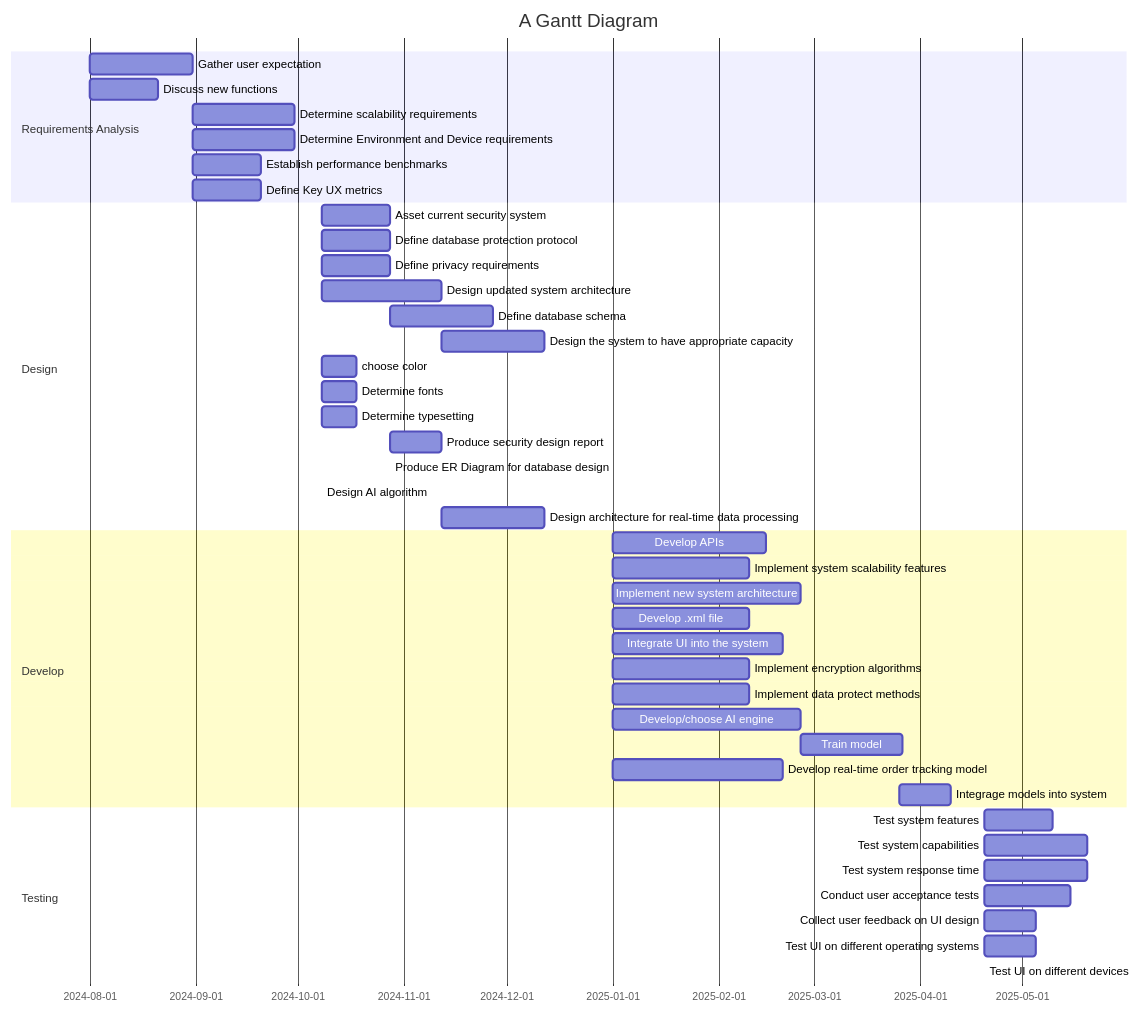
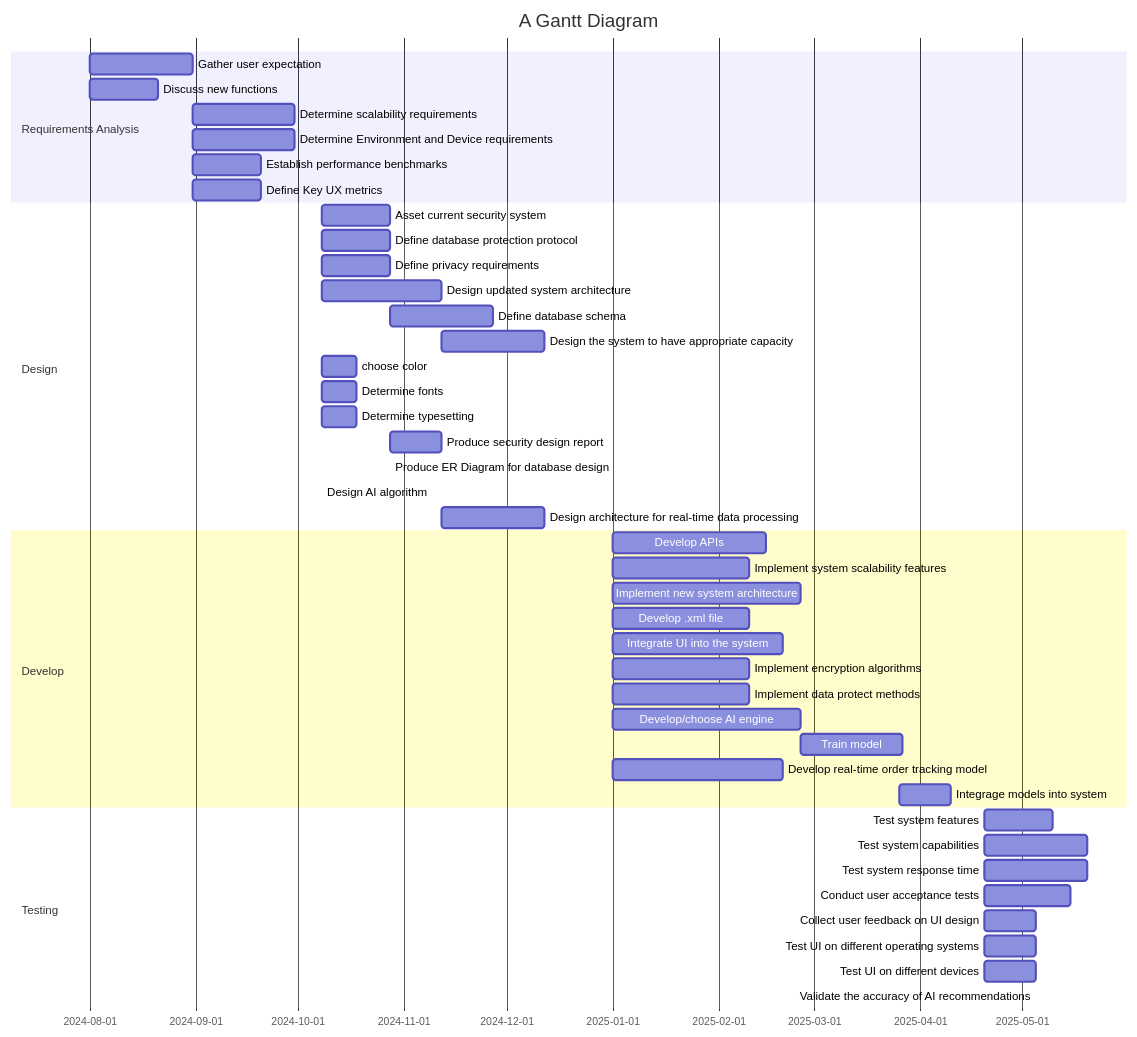
Before and after one commit to sayshelley/iodraw-files: the diagram in all/Untitled-4.md, drawn with Mermaid.

Commit message:
2024-10-11 18:32:30 update

````diff
--- a/all/Untitled-4.md
+++ b/all/Untitled-4.md
@@ -1,54 +1,55 @@
 ```mermaid
 gantt
     title A Gantt Diagram
     dateFormat  YYYY-MM-DD
     section Requirements Analysis
         Gather user expectation: a4, 2024-08-01, 30d
         Discuss new functions: a6, 2024-08-01, 20d
         Determine scalability requirements: a1, after a4, 30d
         Determine Environment and Device requirements: a2, after a4, 30d
         Establish performance benchmarks: a3, after a4, 20d
         Define Key UX metrics: a5, after a4, 20d
         
     section Design
         Asset current security system: b1, 2024-10-08, 20d
         Define database protection protocol: b2, 2024-10-08, 20d
         Define privacy requirements: b3, 2024-10-08, 20d
         Design updated system architecture: b4, 2024-10-08, 35d
         Define database schema: b5, after b2, 30d
         Design the system to have appropriate capacity: b6, after b4, 30d
         choose color: b7, 2024-10-08, 10d
         Determine fonts: b8, 2024-10-08, 10d
         Determine typesetting: b9, 2024-10-08, 10d
         Produce security design report: b10, 2024-10-28 ,15d
         Produce ER Diagram for database design: b11, 2024-10-28, 15
         Design AI algorithm: b12, 2024-10-08, 35
         Design architecture for real-time data processing: b13, 2024-11-12,30d
     section Develop
         Develop APIs: c1, 2025-01-01, 45d
         Implement system scalability features: c2, 2025-01-01, 40d
         Implement new system architecture: c3, 2025-01-01, 55d
         Develop .xml file: c4, 2025-01-01, 40d
         Integrate UI into the system: c5, 2025-01-01, 50d
         Implement encryption algorithms:c6, 2025-01-01, 40d
         Implement data protect methods: c7, 2025-01-01, 40d
         Develop/choose AI engine: c8, 2025-01-01, 55d
         Train model: c9, 2025-02-25, 30d
         Develop real-time order tracking model: c10, 2025-01-01, 50d
         Integrage models into system: c11, 2025-03-26, 15d
     section Testing
         Test system features: d1, 2025-04-20, 20d
         Test system capabilities: d2, 2025-04-20, 30d
         Test system response time: d3, 2025-04-20, 30d
         Conduct user acceptance tests: d4, 2025-04-20, 25d
         Collect user feedback on UI design: d5, 2025-04-20, 15d
         Test UI on different operating systems: d6, 2025-04-20, 15d
-        Test UI on different devices: d7, 2025-04-20, 1
+        Test UI on different devices: d7, 2025-04-20, 15d
+        Validate the accuracy of AI recommendations: 
     
         
 
     
 
 
    
 ```
````
